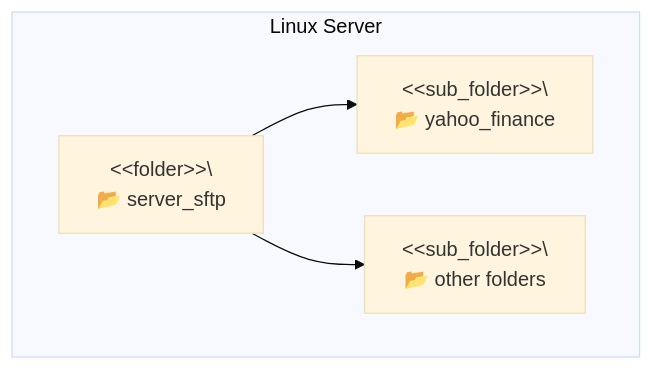
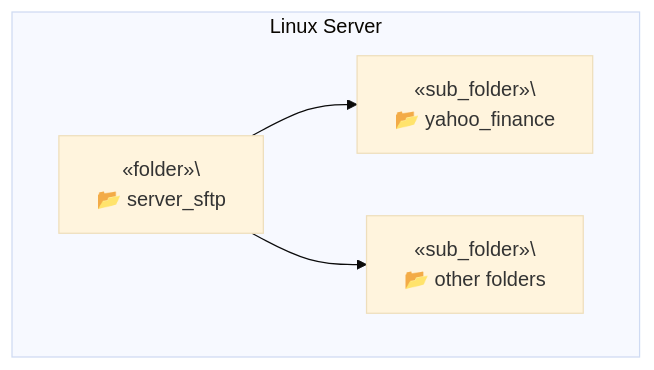
The second of 3 diagrams in server_sftp/README.md (TrulyDigital/DATA_STREET), drawn with Mermaid (base theme) before and after one commit.

Commit message:
update: server_sftp README.md

````diff
--- a/server_sftp/README.md
+++ b/server_sftp/README.md
@@ -14,11 +14,11 @@
 ```mermaid
 graph TD
     subgraph Contenedor_A [Linux Server]
-        A1[&lt;&lt;folder&gt;&gt;\<br/> 📂 server_sftp]
-        A2[&lt;&lt;sub_folder&gt;&gt;\<br/> 📂 yahoo_finance]
-        A3[&lt;&lt;sub_folder&gt;&gt;\<br/> 📂 other folders]
+        A1[&laquo;folder&raquo;\<br/> 📂 server_sftp]
+        A2[&laquo;sub_folder&raquo;\<br/> 📂 yahoo_finance]
+        A3[&laquo;sub_folder&raquo;\<br/> 📂 other folders]
     end
 
     A1 --> A2
     A1 --> A3
 ```
````
